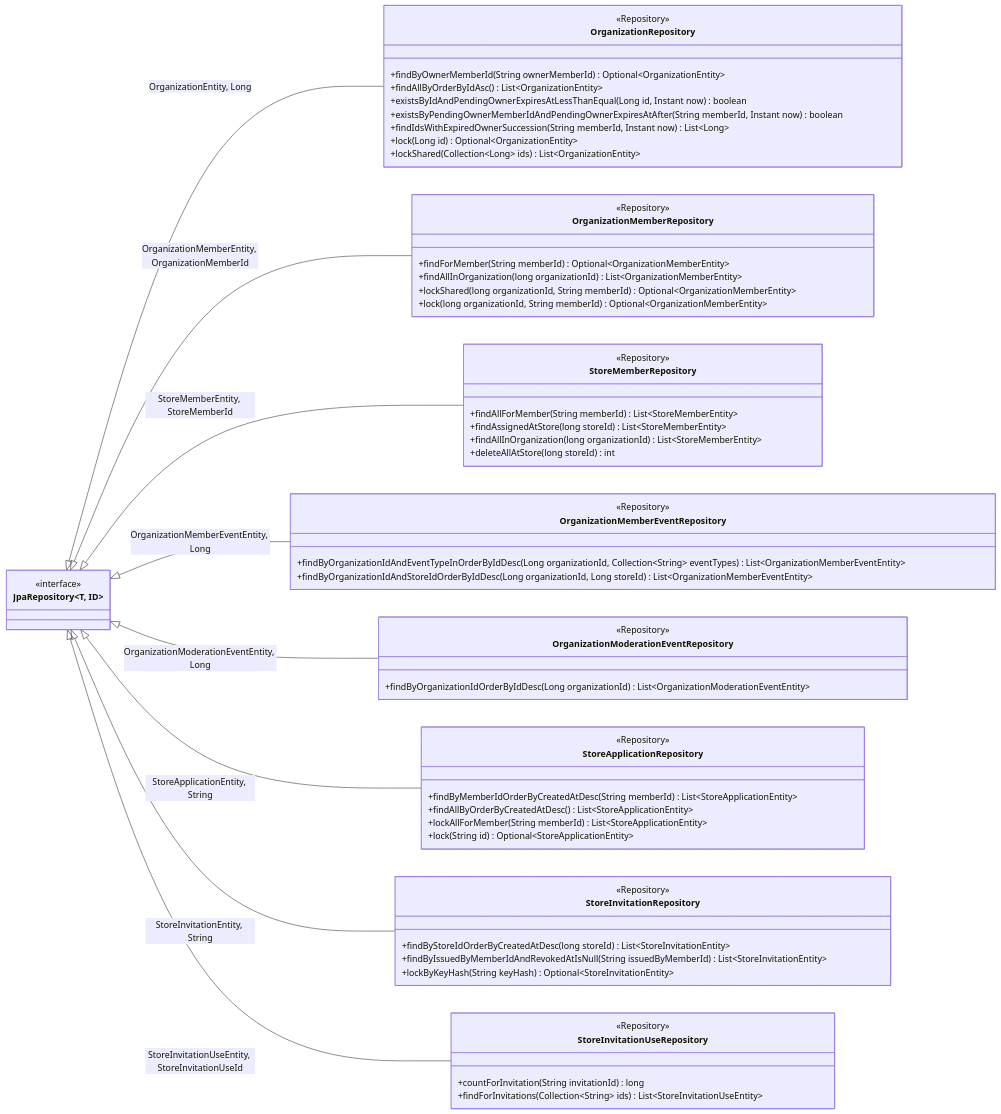
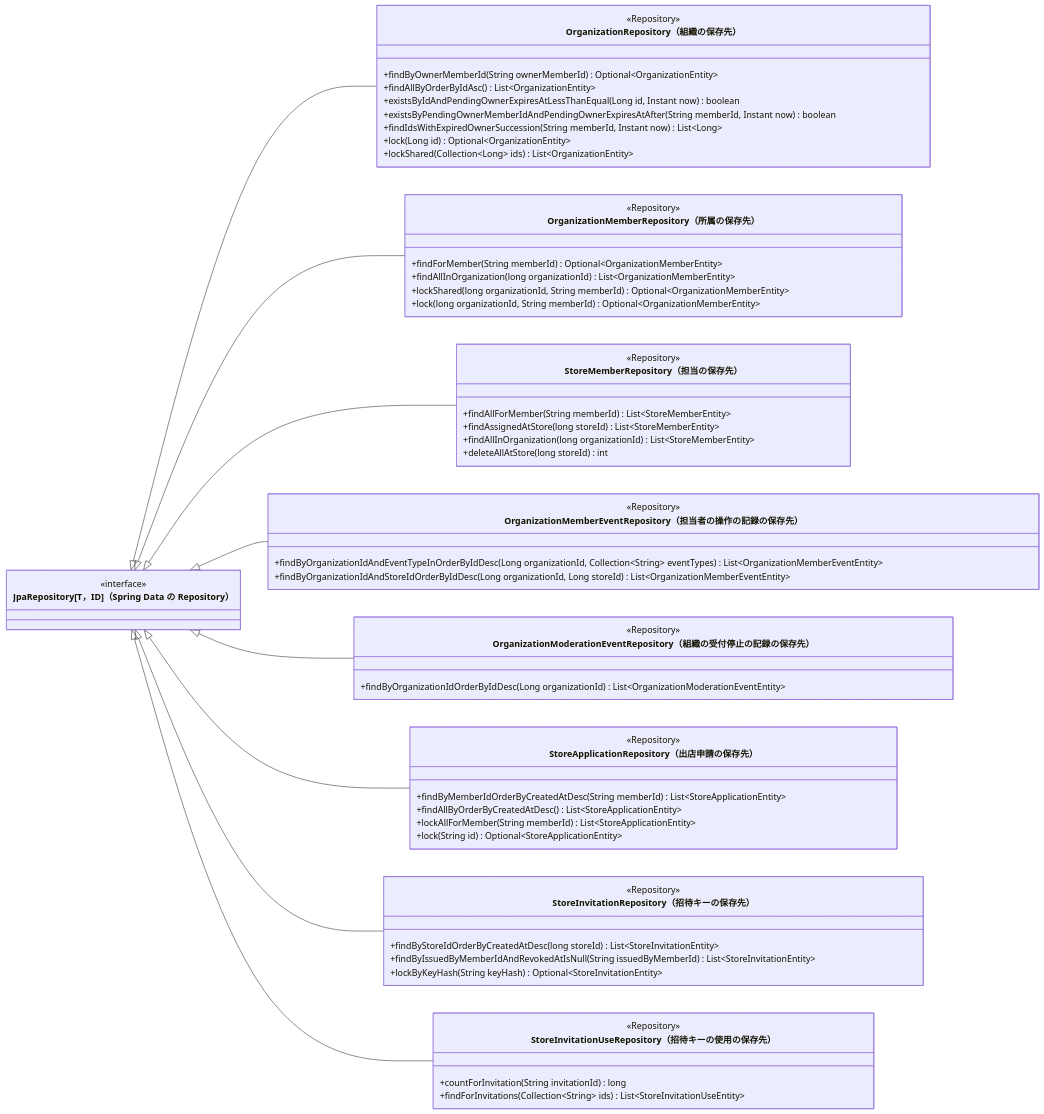
One commit to abeouga/kusakari-document changed the fourth of 20 diagrams in クラス図/kusakari-ec/02_店舗と組織.md. Above: the diagram before and after it, drawn with Mermaid. The commit also changed other lines of this file and 87 other files, not shown here.

Commit message:
EC のクラス図に全体図を足し、詳細図をデータとモジュールの図に分けて書き直す

````diff
--- a/クラス図/kusakari-ec/02_店舗と組織.md
+++ b/クラス図/kusakari-ec/02_店舗と組織.md
@@ -303,67 +369,67 @@
 ```mermaid
 classDiagram
-  direction LR
-  class JpaRepository~T, ID~ {
-    <<interface>>
-  }
-  class OrganizationRepository {
-    <<Repository>>
-    +findByOwnerMemberId(String ownerMemberId) Optional~OrganizationEntity~
-    +findAllByOrderByIdAsc() List~OrganizationEntity~
-    +existsByIdAndPendingOwnerExpiresAtLessThanEqual(Long id, Instant now) boolean
-    +existsByPendingOwnerMemberIdAndPendingOwnerExpiresAtAfter(String memberId, Instant now) boolean
-    +findIdsWithExpiredOwnerSuccession(String memberId, Instant now) List~Long~
-    +lock(Long id) Optional~OrganizationEntity~
-    +lockShared(Collection~Long~ ids) List~OrganizationEntity~
-  }
-  class OrganizationMemberRepository {
-    <<Repository>>
-    +findForMember(String memberId) Optional~OrganizationMemberEntity~
-    +findAllInOrganization(long organizationId) List~OrganizationMemberEntity~
-    +lockShared(long organizationId, String memberId) Optional~OrganizationMemberEntity~
-    +lock(long organizationId, String memberId) Optional~OrganizationMemberEntity~
-  }
-  class StoreMemberRepository {
-    <<Repository>>
-    +findAllForMember(String memberId) List~StoreMemberEntity~
-    +findAssignedAtStore(long storeId) List~StoreMemberEntity~
-    +findAllInOrganization(long organizationId) List~StoreMemberEntity~
-    +deleteAllAtStore(long storeId) int
-  }
-  class OrganizationMemberEventRepository {
-    <<Repository>>
-    +findByOrganizationIdAndEventTypeInOrderByIdDesc(Long organizationId, Collection~String~ eventTypes) List~OrganizationMemberEventEntity~
-    +findByOrganizationIdAndStoreIdOrderByIdDesc(Long organizationId, Long storeId) List~OrganizationMemberEventEntity~
-  }
-  class OrganizationModerationEventRepository {
-    <<Repository>>
-    +findByOrganizationIdOrderByIdDesc(Long organizationId) List~OrganizationModerationEventEntity~
-  }
-  class StoreApplicationRepository {
-    <<Repository>>
-    +findByMemberIdOrderByCreatedAtDesc(String memberId) List~StoreApplicationEntity~
-    +findAllByOrderByCreatedAtDesc() List~StoreApplicationEntity~
-    +lockAllForMember(String memberId) List~StoreApplicationEntity~
-    +lock(String id) Optional~StoreApplicationEntity~
-  }
-  class StoreInvitationRepository {
-    <<Repository>>
-    +findByStoreIdOrderByCreatedAtDesc(long storeId) List~StoreInvitationEntity~
-    +findByIssuedByMemberIdAndRevokedAtIsNull(String issuedByMemberId) List~StoreInvitationEntity~
-    +lockByKeyHash(String keyHash) Optional~StoreInvitationEntity~
-  }
-  class StoreInvitationUseRepository {
-    <<Repository>>
-    +countForInvitation(String invitationId) long
-    +findForInvitations(Collection~String~ ids) List~StoreInvitationUseEntity~
-  }
+    direction LR
+    class JpaRepository["JpaRepository[T，ID]（Spring Data の Repository）"] {
+        <<interface>>
+    }
+    class OrganizationRepository["OrganizationRepository（組織の保存先）"] {
+        <<Repository>>
+        +findByOwnerMemberId(String ownerMemberId) Optional~OrganizationEntity~
+        +findAllByOrderByIdAsc() List~OrganizationEntity~
+        +existsByIdAndPendingOwnerExpiresAtLessThanEqual(Long id, Instant now) boolean
+        +existsByPendingOwnerMemberIdAndPendingOwnerExpiresAtAfter(String memberId, Instant now) boolean
+        +findIdsWithExpiredOwnerSuccession(String memberId, Instant now) List~Long~
+        +lock(Long id) Optional~OrganizationEntity~
+        +lockShared(Collection~Long~ ids) List~OrganizationEntity~
+    }
+    class OrganizationMemberRepository["OrganizationMemberRepository（所属の保存先）"] {
+        <<Repository>>
+        +findForMember(String memberId) Optional~OrganizationMemberEntity~
+        +findAllInOrganization(long organizationId) List~OrganizationMemberEntity~
+        +lockShared(long organizationId, String memberId) Optional~OrganizationMemberEntity~
+        +lock(long organizationId, String memberId) Optional~OrganizationMemberEntity~
+    }
+    class StoreMemberRepository["StoreMemberRepository（担当の保存先）"] {
+        <<Repository>>
+        +findAllForMember(String memberId) List~StoreMemberEntity~
+        +findAssignedAtStore(long storeId) List~StoreMemberEntity~
+        +findAllInOrganization(long organizationId) List~StoreMemberEntity~
+        +deleteAllAtStore(long storeId) int
+    }
+    class OrganizationMemberEventRepository["OrganizationMemberEventRepository（担当者の操作の記録の保存先）"] {
+        <<Repository>>
+        +findByOrganizationIdAndEventTypeInOrderByIdDesc(Long organizationId, Collection~String~ eventTypes) List~OrganizationMemberEventEntity~
+        +findByOrganizationIdAndStoreIdOrderByIdDesc(Long organizationId, Long storeId) List~OrganizationMemberEventEntity~
+    }
+    class OrganizationModerationEventRepository["OrganizationModerationEventRepository（組織の受付停止の記録の保存先）"] {
+        <<Repository>>
+        +findByOrganizationIdOrderByIdDesc(Long organizationId) List~OrganizationModerationEventEntity~
+    }
+    class StoreApplicationRepository["StoreApplicationRepository（出店申請の保存先）"] {
+        <<Repository>>
+        +findByMemberIdOrderByCreatedAtDesc(String memberId) List~StoreApplicationEntity~
+        +findAllByOrderByCreatedAtDesc() List~StoreApplicationEntity~
+        +lockAllForMember(String memberId) List~StoreApplicationEntity~
+        +lock(String id) Optional~StoreApplicationEntity~
+    }
+    class StoreInvitationRepository["StoreInvitationRepository（招待キーの保存先）"] {
+        <<Repository>>
+        +findByStoreIdOrderByCreatedAtDesc(long storeId) List~StoreInvitationEntity~
+        +findByIssuedByMemberIdAndRevokedAtIsNull(String issuedByMemberId) List~StoreInvitationEntity~
+        +lockByKeyHash(String keyHash) Optional~StoreInvitationEntity~
+    }
+    class StoreInvitationUseRepository["StoreInvitationUseRepository（招待キーの使用の保存先）"] {
+        <<Repository>>
+        +countForInvitation(String invitationId) long
+        +findForInvitations(Collection~String~ ids) List~StoreInvitationUseEntity~
+    }
 
-  JpaRepository <|-- OrganizationRepository : OrganizationEntity, Long
-  JpaRepository <|-- OrganizationMemberRepository : OrganizationMemberEntity, OrganizationMemberId
-  JpaRepository <|-- StoreMemberRepository : StoreMemberEntity, StoreMemberId
-  JpaRepository <|-- OrganizationMemberEventRepository : OrganizationMemberEventEntity, Long
-  JpaRepository <|-- OrganizationModerationEventRepository : OrganizationModerationEventEntity, Long
-  JpaRepository <|-- StoreApplicationRepository : StoreApplicationEntity, String
-  JpaRepository <|-- StoreInvitationRepository : StoreInvitationEntity, String
-  JpaRepository <|-- StoreInvitationUseRepository : StoreInvitationUseEntity, StoreInvitationUseId
+    JpaRepository <|-- OrganizationRepository
+    JpaRepository <|-- OrganizationMemberRepository
+    JpaRepository <|-- StoreMemberRepository
+    JpaRepository <|-- OrganizationMemberEventRepository
+    JpaRepository <|-- OrganizationModerationEventRepository
+    JpaRepository <|-- StoreApplicationRepository
+    JpaRepository <|-- StoreInvitationRepository
+    JpaRepository <|-- StoreInvitationUseRepository
 ```
````
